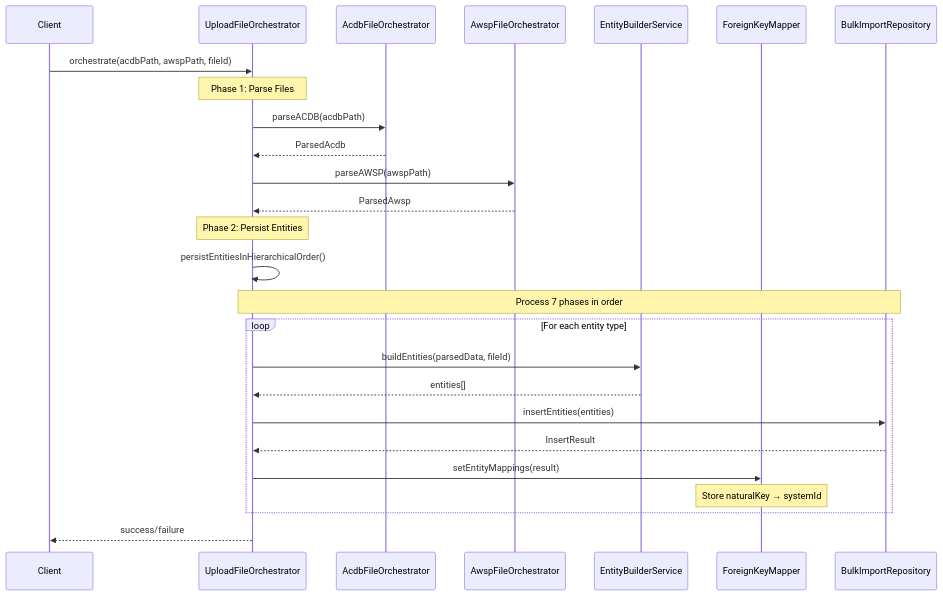
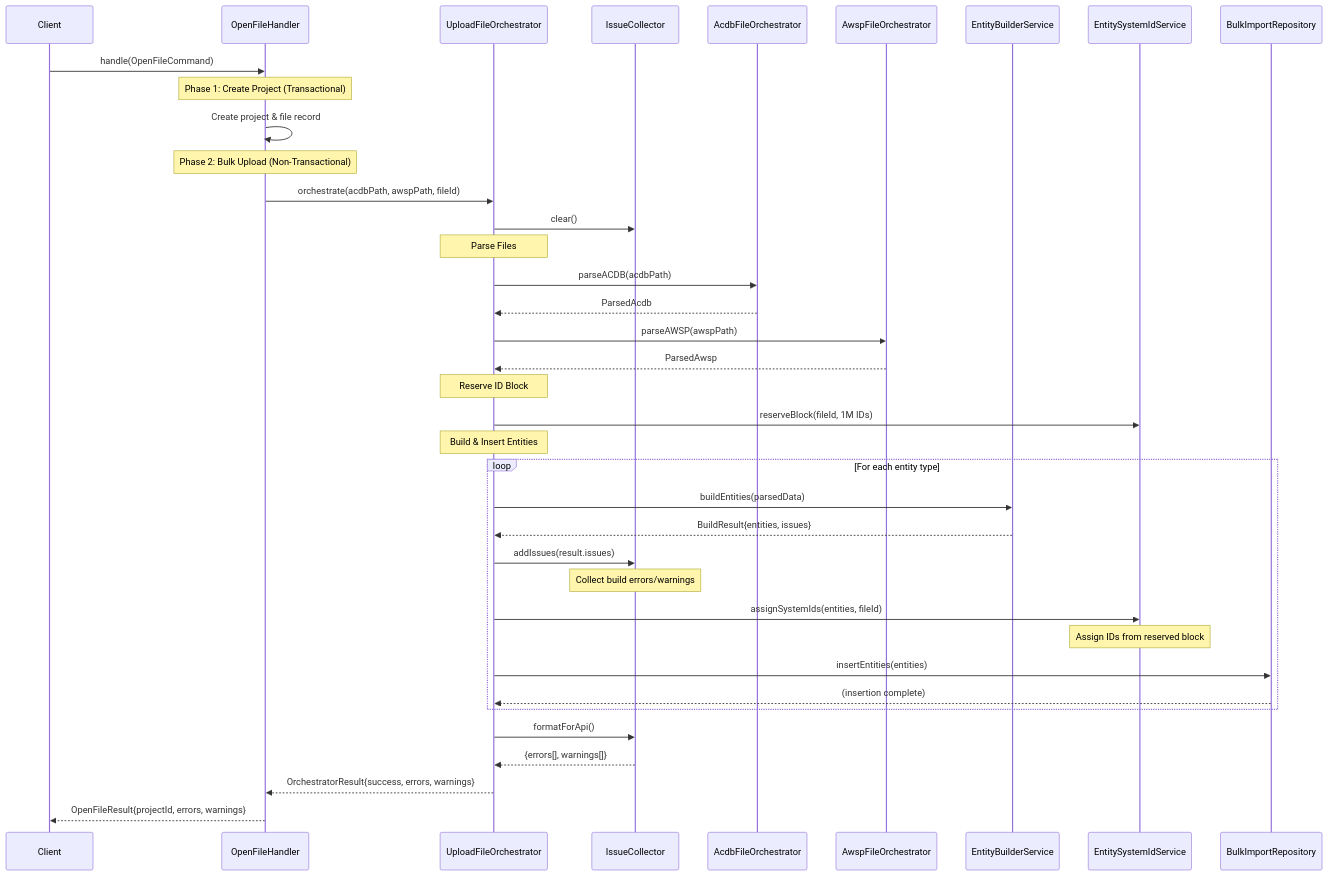
One commit to AudioReach/audioreach-creator-backend changed the third of 9 diagrams in docs/upload-file-design.md. Above: the diagram before and after it, drawn with Mermaid. The commit also changed other lines of this file and 22 other files, not shown here.

First line of the commit message:
refactor: generate systemIds using idGenerator for key-definition

````diff
--- a/docs/upload-file-design.md
+++ b/docs/upload-file-design.md
@@ -339,36 +374,54 @@
 ```mermaid
 sequenceDiagram
     participant Client
+    participant Handler as OpenFileHandler
     participant UFO as UploadFileOrchestrator
+    participant IC as IssueCollector
     participant ACDB as AcdbFileOrchestrator
     participant AWSP as AwspFileOrchestrator
     participant EBS as EntityBuilderService
-    participant FKM as ForeignKeyMapper
+    participant EISID as EntitySystemIdService
     participant BIR as BulkImportRepository
 
-    Client->>UFO: orchestrate(acdbPath, awspPath, fileId)
+    Client->>Handler: handle(OpenFileCommand)
 
-    Note over UFO: Phase 1: Parse Files
+    Note over Handler: Phase 1: Create Project (Transactional)
+    Handler->>Handler: Create project & file record
+
+    Note over Handler: Phase 2: Bulk Upload (Non-Transactional)
+    Handler->>UFO: orchestrate(acdbPath, awspPath, fileId)
+
+    UFO->>IC: clear()
+
+    Note over UFO: Parse Files
     UFO->>ACDB: parseACDB(acdbPath)
     ACDB-->>UFO: ParsedAcdb
 
     UFO->>AWSP: parseAWSP(awspPath)
     AWSP-->>UFO: ParsedAwsp
 
-    Note over UFO: Phase 2: Persist Entities
-    UFO->>UFO: persistEntitiesInHierarchicalOrder()
+    Note over UFO: Reserve ID Block
+    UFO->>EISID: reserveBlock(fileId, 1M IDs)
 
-    Note over UFO,BIR: Process 7 phases in order
+    Note over UFO: Build & Insert Entities
     loop For each entity type
-        UFO->>EBS: buildEntities(parsedData, fileId)
-        EBS-->>UFO: entities[]
+        UFO->>EBS: buildEntities(parsedData)
+        EBS-->>UFO: BuildResult{entities, issues}
+
+        UFO->>IC: addIssues(result.issues)
+        Note over IC: Collect build errors/warnings
+
+        UFO->>EISID: assignSystemIds(entities, fileId)
+        Note over EISID: Assign IDs from reserved block
 
         UFO->>BIR: insertEntities(entities)
-        BIR-->>UFO: InsertResult
-
-        UFO->>FKM: setEntityMappings(result)
-        Note over FKM: Store naturalKey → systemId
+        BIR-->>UFO: (insertion complete)
     end
 
-    UFO-->>Client: success/failure
+    UFO->>IC: formatForApi()
+    IC-->>UFO: {errors[], warnings[]}
+
+    UFO-->>Handler: OrchestratorResult{success, errors, warnings}
+
+    Handler-->>Client: OpenFileResult{projectId, errors, warnings}
 ```
````
